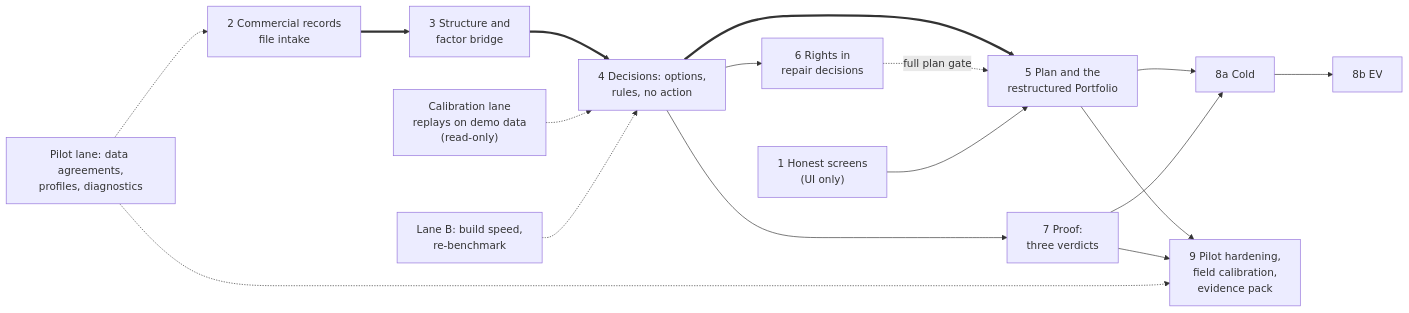
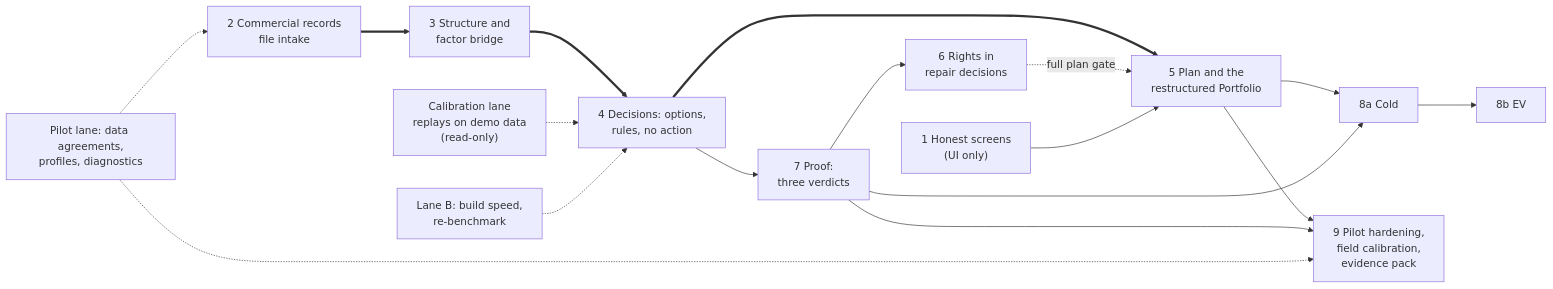
Before and after one commit to bineyame/AssetOpsV1: the fifth of 9 diagrams in Docs/demo-sprint/product-direction-layer4/product-transition-and-roadmap.md, drawn with Mermaid. The commit also changed other lines of this file and 3 other files, not shown here.

First line of the commit message:
Transition roadmap rev 4: grounded, visible-first path (mapping, one registry, emulators, compromise register, roadmap effect)

````diff
--- a/Docs/demo-sprint/product-direction-layer4/product-transition-and-roadmap.md
+++ b/Docs/demo-sprint/product-direction-layer4/product-transition-and-roadmap.md
@@ -260,29 +271,29 @@
 ```mermaid
 flowchart LR
   T0["Calibration lane<br/>replays on demo data<br/>(read-only)"]
   T1["1 Honest screens<br/>(UI only)"]
   T2["2 Commercial records<br/>file intake"]
   T3["3 Structure and<br/>factor bridge"]
   T4["4 Decisions: options,<br/>rules, no action"]
   T5["5 Plan and the<br/>restructured Portfolio"]
   T6["6 Rights in<br/>repair decisions"]
   T7["7 Proof:<br/>three verdicts"]
   T8a["8a Cold"]
   T8b["8b EV"]
   T9["9 Pilot hardening,<br/>field calibration,<br/>evidence pack"]
   LB["Lane B: build speed,<br/>re-benchmark"]
   PL["Pilot lane: data agreements,<br/>profiles, diagnostics"]
   T2 ==> T3 ==> T4 ==> T5
-  T4 --> T6
+  T4 --> T7
+  T7 --> T6
   T6 -. "full plan gate" .-> T5
-  T4 --> T7
   T1 --> T5
   T0 -.-> T4
   T5 --> T8a --> T8b
   T7 --> T8a
   T5 --> T9
   T7 --> T9
   LB -.-> T4
   PL -.-> T2
   PL -.-> T9
 ```
````
